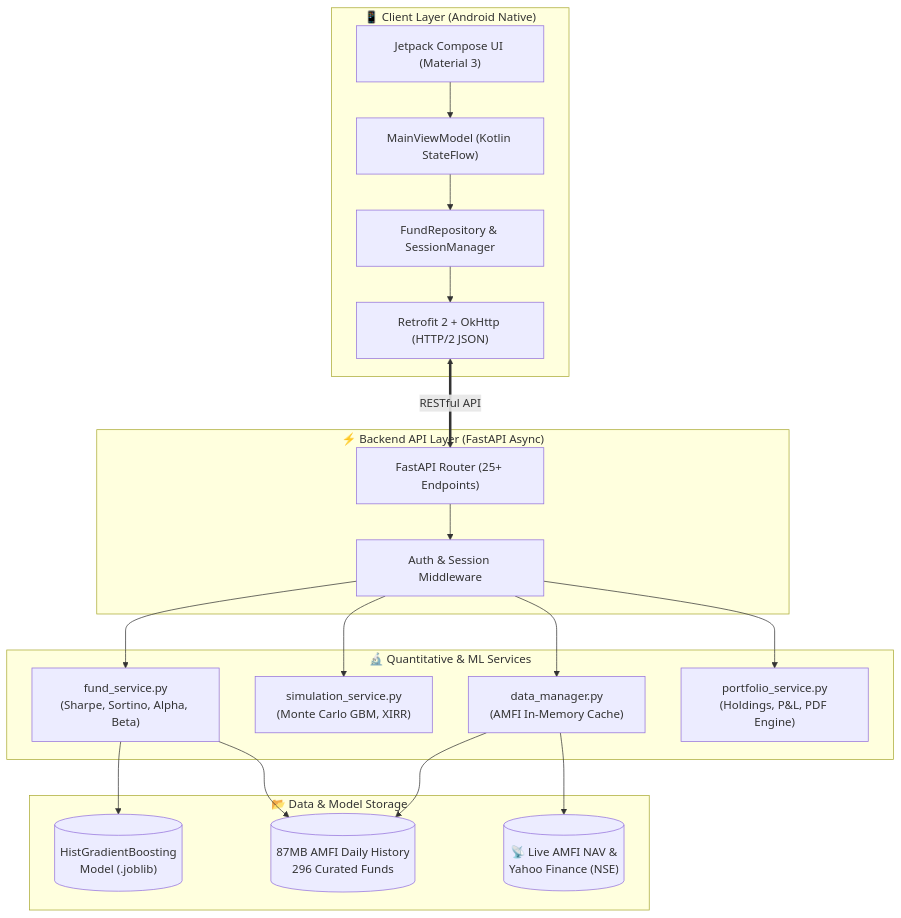
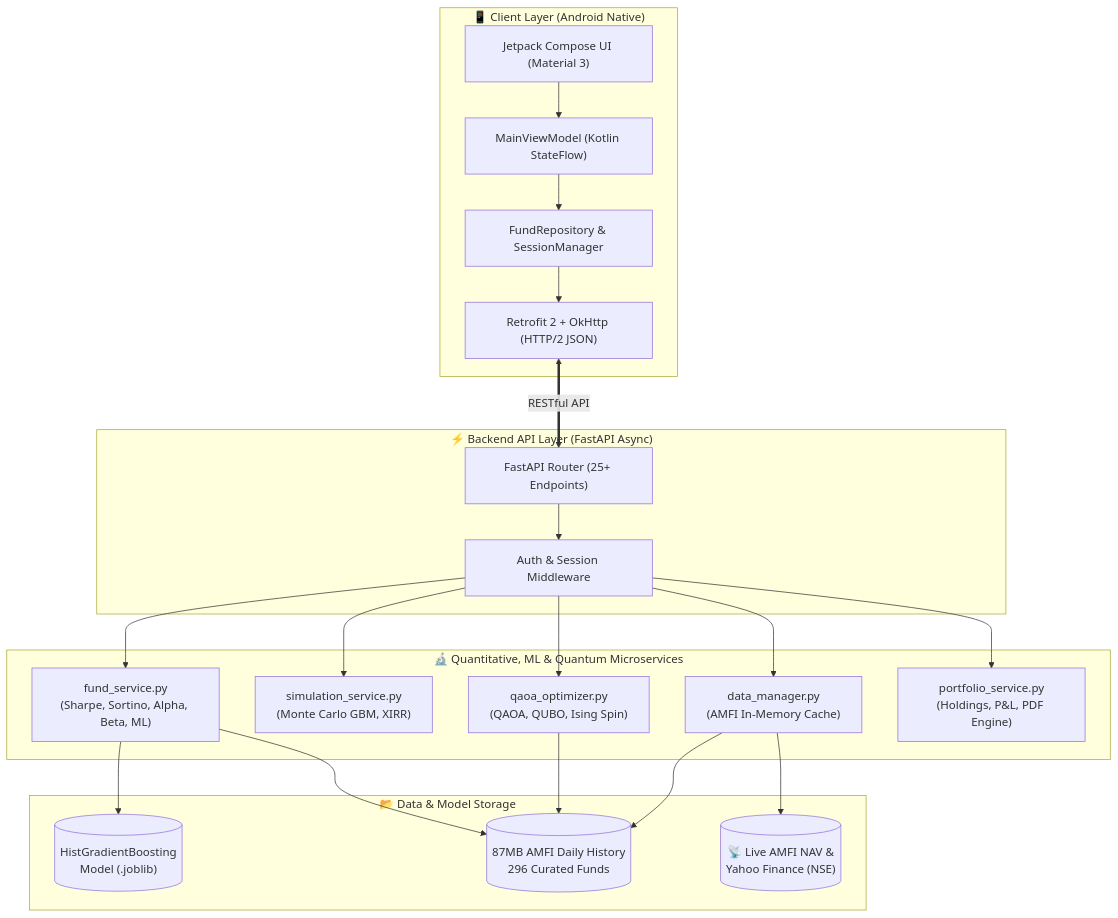
Before and after one commit to uppalamanisai43/qfinopt-dashboard: the diagram in PRESENTATION.md, drawn with Mermaid. The commit also changed other lines of this file and 1 other file, not shown here.

Commit message:
feat: integrate Quantum-Inspired QAOA into presentation deck and viva guide

````diff
--- a/PRESENTATION.md
+++ b/PRESENTATION.md
@@ -73,34 +73,36 @@
 ```mermaid
 graph TD
     subgraph ClientLayer ["📱 Client Layer (Android Native)"]
         UI["Jetpack Compose UI (Material 3)"]
         VM["MainViewModel (Kotlin StateFlow)"]
         Repo["FundRepository & SessionManager"]
         Network["Retrofit 2 + OkHttp (HTTP/2 JSON)"]
         UI --> VM --> Repo --> Network
     end
 
     subgraph APILayer ["⚡ Backend API Layer (FastAPI Async)"]
         Server["FastAPI Router (25+ Endpoints)"]
         Auth["Auth & Session Middleware"]
         Server --> Auth
     end
 
-    subgraph ServiceLayer ["🔬 Quantitative & ML Services"]
-        FundSvc["fund_service.py<br/>(Sharpe, Sortino, Alpha, Beta)"]
+    subgraph ServiceLayer ["🔬 Quantitative, ML & Quantum Microservices"]
+        FundSvc["fund_service.py<br/>(Sharpe, Sortino, Alpha, Beta, ML)"]
         SimSvc["simulation_service.py<br/>(Monte Carlo GBM, XIRR)"]
+        QAOASvc["qaoa_optimizer.py<br/>(QAOA, QUBO, Ising Spin)"]
         DataMgr["data_manager.py<br/>(AMFI In-Memory Cache)"]
         PortSvc["portfolio_service.py<br/>(Holdings, P&L, PDF Engine)"]
     end
 
     subgraph DataLayer ["📂 Data & Model Storage"]
         CSV[("87MB AMFI Daily History<br/>296 Curated Funds")]
         MLModel[("HistGradientBoosting<br/>Model (.joblib)")]
         LiveFeeds[("📡 Live AMFI NAV &<br/>Yahoo Finance (NSE)")]
     end
 
     Network <==> |RESTful API| Server
-    Auth --> FundSvc & SimSvc & DataMgr & PortSvc
+    Auth --> FundSvc & SimSvc & QAOASvc & DataMgr & PortSvc
     FundSvc --> MLModel & CSV
+    QAOASvc --> CSV
     DataMgr --> CSV & LiveFeeds
 ```
````
